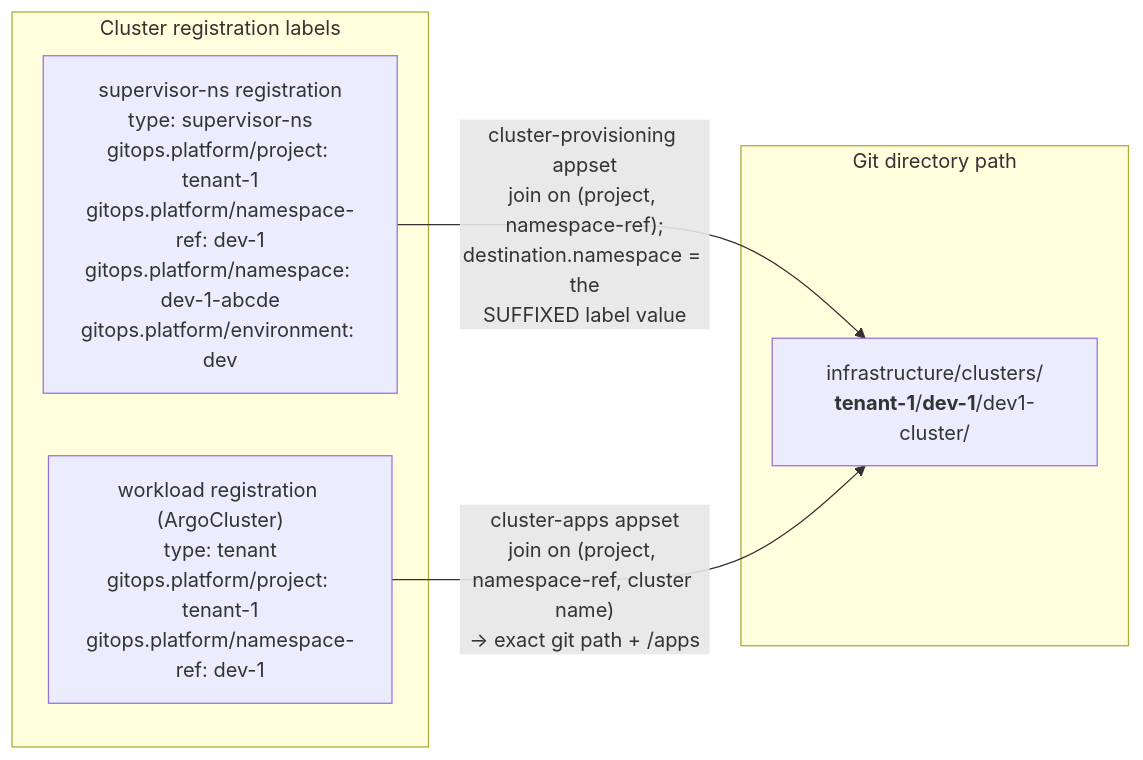
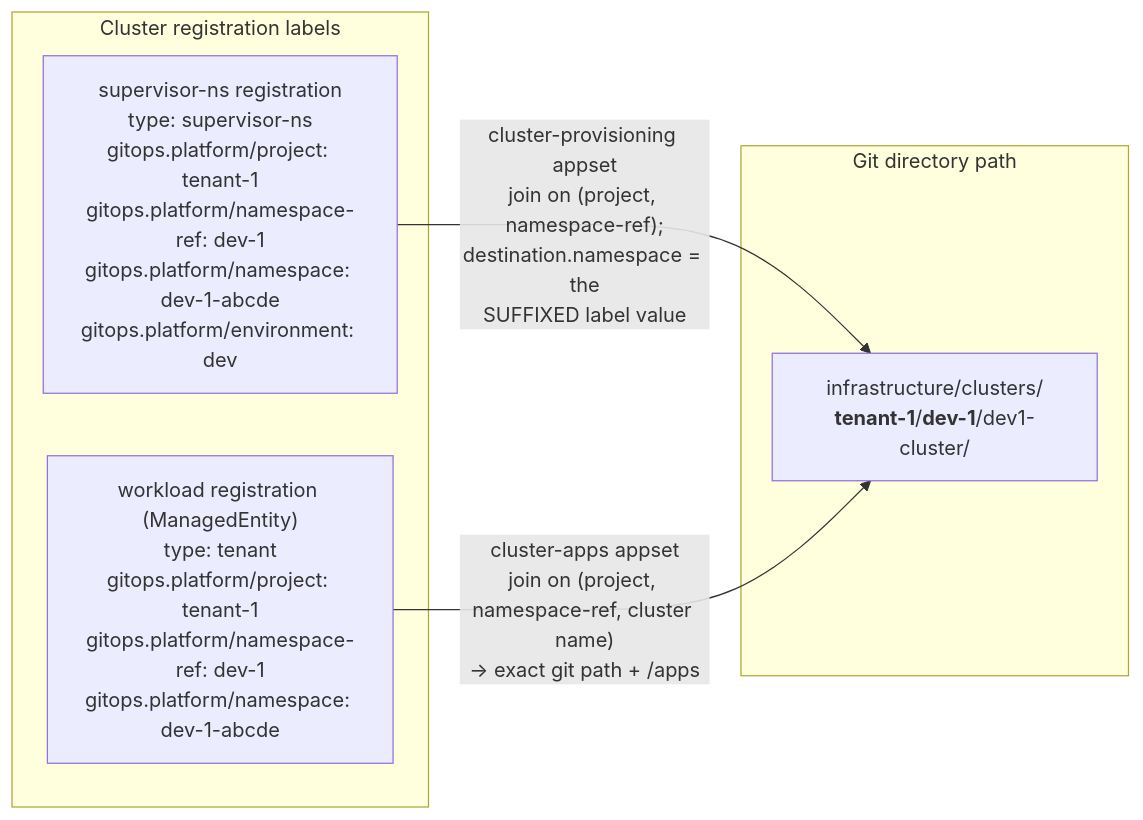
One commit to warroyo/argocd-scaffolding changed the third of 9 diagrams in docs/ARCHITECTURE.md. Above: the diagram before and after it, drawn with Mermaid. The commit also changed other lines of this file and 29 other files, not shown here.

First line of the commit message:
feat: register namespaces and clusters with ArgoCD via ManagedEntity

````diff
--- a/docs/ARCHITECTURE.md
+++ b/docs/ARCHITECTURE.md
@@ -145,14 +147,14 @@
 ```mermaid
 flowchart LR
     subgraph labels["Cluster registration labels"]
         sns["supervisor-ns registration<br/>type: supervisor-ns<br/>gitops.platform/project: tenant-1<br/>gitops.platform/namespace-ref: dev-1<br/>gitops.platform/namespace: dev-1-abcde<br/>gitops.platform/environment: dev"]
-        wcl["workload registration (ArgoCluster)<br/>type: tenant<br/>gitops.platform/project: tenant-1<br/>gitops.platform/namespace-ref: dev-1"]
+        wcl["workload registration (ManagedEntity)<br/>type: tenant<br/>gitops.platform/project: tenant-1<br/>gitops.platform/namespace-ref: dev-1<br/>gitops.platform/namespace: dev-1-abcde"]
     end
 
     subgraph dirs["Git directory path"]
         path["infrastructure/clusters/<br/><b>tenant-1</b>/<b>dev-1</b>/dev1-cluster/"]
     end
 
     sns -- "cluster-provisioning appset<br/>join on (project, namespace-ref);<br/>destination.namespace = the<br/>SUFFIXED label value" --> path
     wcl -- "cluster-apps appset<br/>join on (project, namespace-ref, cluster name)<br/>→ exact git path + /apps" --> path
 ```
````
